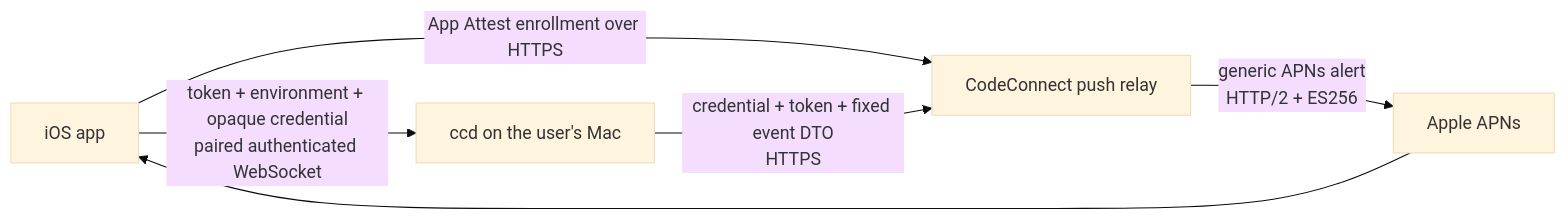
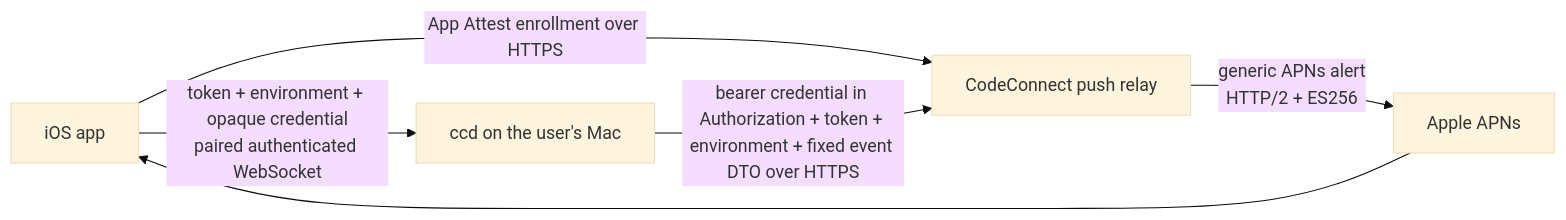
One commit to faisalmumtaz89/CodeConnect changed the diagram in docs/push-gateway.md. Above: the diagram before and after it, drawn with Mermaid (base theme). The commit also changed other lines of this file and 10 other files, not shown here.

````diff
--- a/docs/push-gateway.md
+++ b/docs/push-gateway.md
@@ -57,8 +57,8 @@
 ```mermaid
 flowchart LR
     App[iOS app] -- "App Attest enrollment over HTTPS" --> Relay[CodeConnect push relay]
     App -- "token + environment + opaque credential\npaired authenticated WebSocket" --> Daemon[ccd on the user's Mac]
-    Daemon -- "credential + token + fixed event DTO\nHTTPS" --> Relay
+    Daemon -- "bearer credential in Authorization + token + environment + fixed event DTO over HTTPS" --> Relay
     Relay -- "generic APNs alert\nHTTP/2 + ES256" --> APNs[Apple APNs]
     APNs --> App
 ```
````
